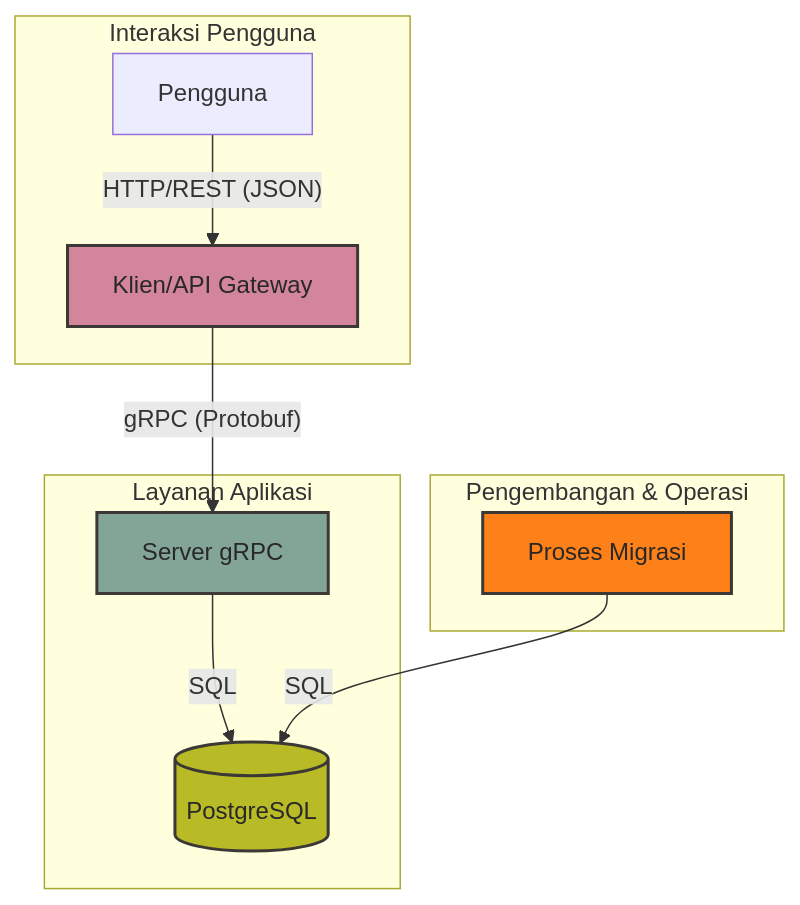
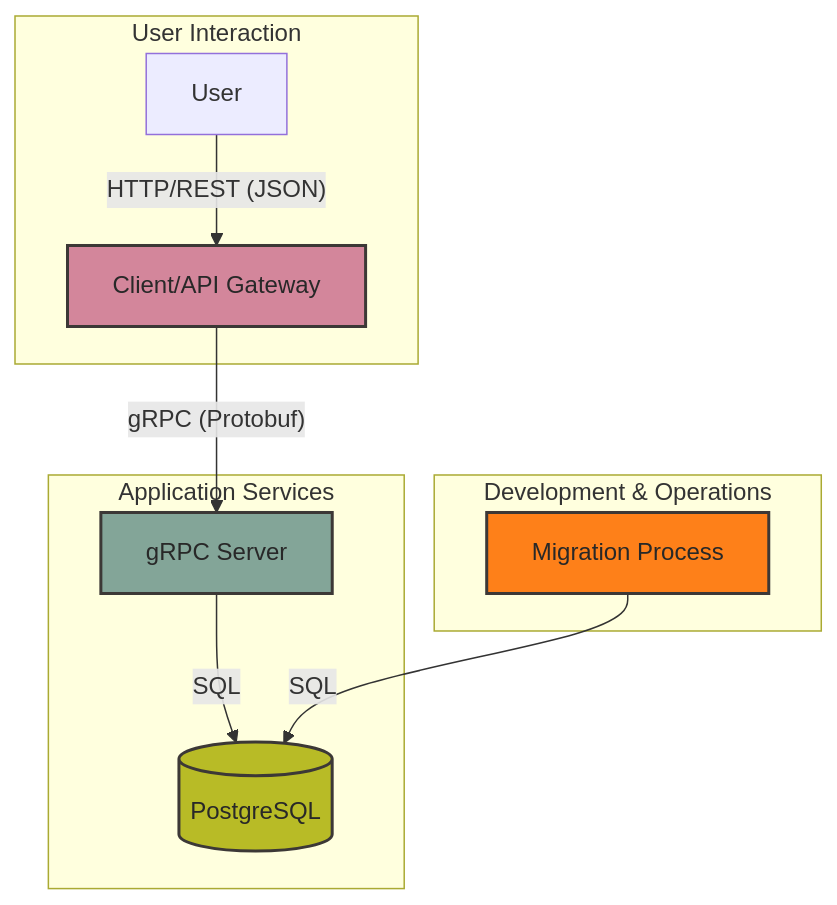
The first of 2 diagrams in README.md (MamangRust/payment-gateway-grpc), drawn with Mermaid before and after one commit. The commit also changed other lines of this file and 588 other files, not shown here.

````diff
--- a/README.md
+++ b/README.md
@@ -62,20 +63,20 @@
 ```mermaid
 graph TD
-    subgraph "Interaksi Pengguna"
-        Pengguna -- "HTTP/REST (JSON)" --> Klien[Klien/API Gateway]
+    subgraph "User Interaction"
+        User -- "HTTP/REST (JSON)" --> Client[Client/API Gateway]
     end
 
-    subgraph "Layanan Aplikasi"
-        Klien -- "gRPC (Protobuf)" --> Server[Server gRPC]
+    subgraph "Application Services"
+        Client -- "gRPC (Protobuf)" --> Server[gRPC Server]
         Server -- "SQL" --> Database[(PostgreSQL)]
     end
 
-    subgraph "Pengembangan & Operasi"
-        Migrasi[Proses Migrasi] -- "SQL" --> Database
+    subgraph "Development & Operations"
+        Migration[Migration Process] -- "SQL" --> Database
     end
 
-    style Klien fill:#d3869b,stroke:#3c3836,stroke-width:2px,color:#282828
+    style Client fill:#d3869b,stroke:#3c3836,stroke-width:2px,color:#282828
     style Server fill:#83a598,stroke:#3c3836,stroke-width:2px,color:#282828
     style Database fill:#b8bb26,stroke:#3c3836,stroke-width:2px,color:#282828
-    style Migrasi fill:#fe8019,stroke:#3c3836,stroke-width:2px,color:#282828
+    style Migration fill:#fe8019,stroke:#3c3836,stroke-width:2px,color:#282828
 ```
````
